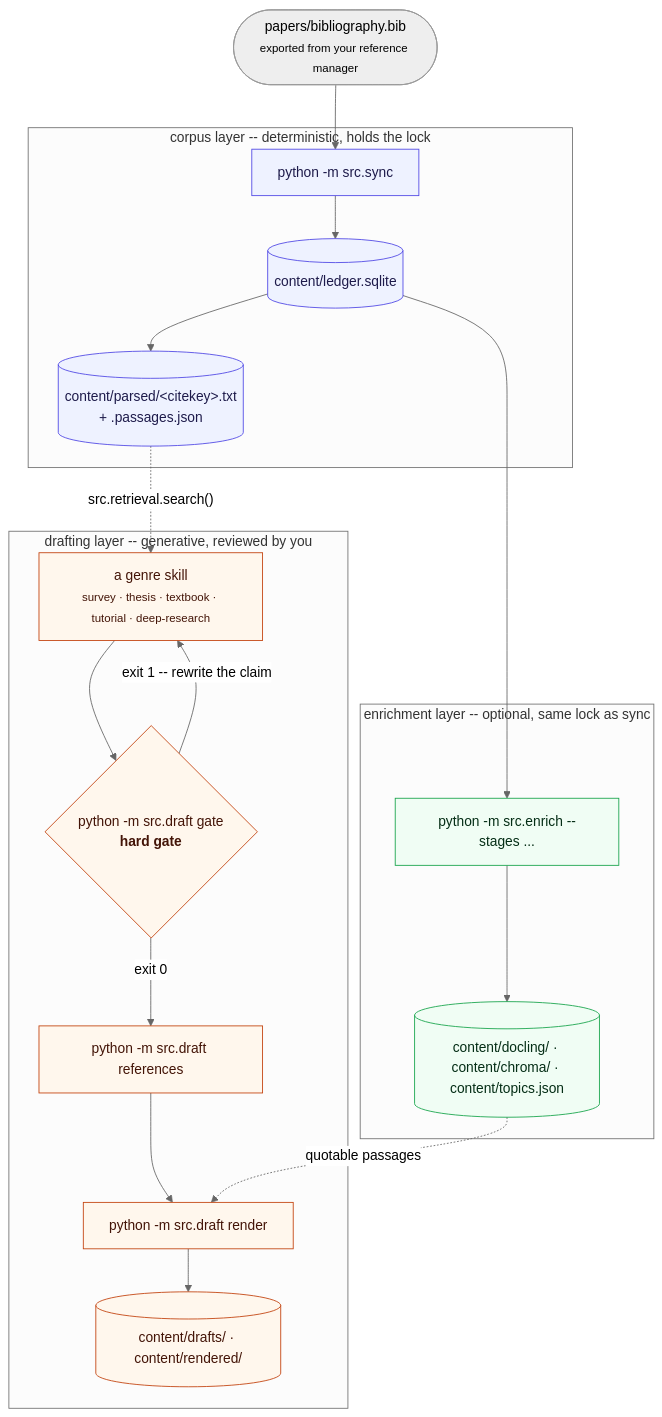
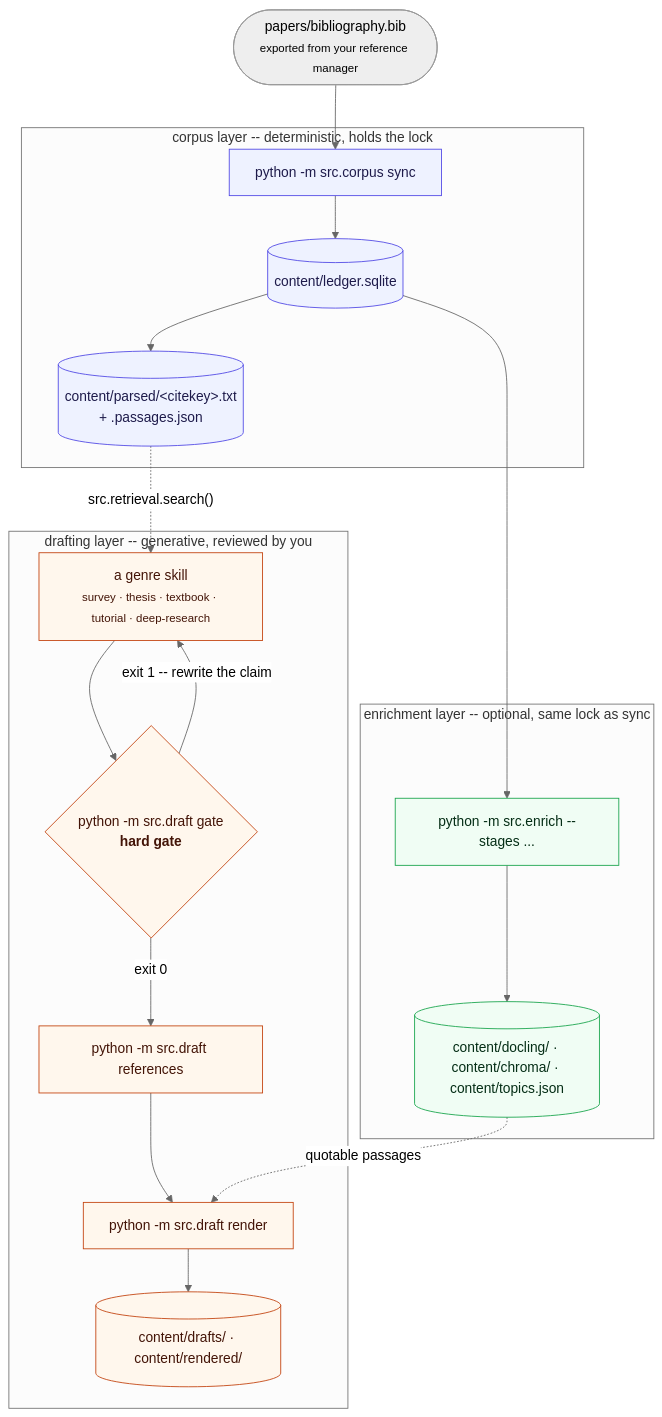
The second of 3 diagrams in docs/LADDERS.md (prasadtalasila/chitragupta), drawn with Mermaid (neutral theme) before and after one commit. The commit also changed other lines of this file and 89 other files, not shown here.

````diff
--- a/docs/LADDERS.md
+++ b/docs/LADDERS.md
@@ -150,40 +150,40 @@
 ```mermaid
 flowchart TB
 
   BIB(["papers/bibliography.bib<br/><small>exported from your reference manager</small>"])
 
   subgraph CORPUS["corpus layer -- deterministic, holds the lock"]
-    SYNC["python -m src.sync"]
+    SYNC["python -m src.corpus sync"]
     LEDGER[("content/ledger.sqlite")]
     PARSED[("content/parsed/&lt;citekey&gt;.txt<br/>+ .passages.json")]
   end
 
   subgraph DRAFTING["drafting layer -- generative, reviewed by you"]
     SKILL["a genre skill<br/><small>survey · thesis · textbook · tutorial · deep-research</small>"]
     GATE{"python -m src.draft gate<br/><b>hard gate</b>"}
     REFS["python -m src.draft references"]
     RENDER["python -m src.draft render"]
     DRAFT[("content/drafts/ · content/rendered/")]
   end
 
   subgraph ENRICH["enrichment layer -- optional, same lock as sync"]
     ENR["python -m src.enrich --stages ..."]
     ART[("content/docling/ · content/chroma/ · content/topics.json")]
   end
 
   BIB --> SYNC --> LEDGER --> PARSED
   PARSED -.->|"src.retrieval.search()"| SKILL
   SKILL --> GATE
   GATE -->|"exit 1 -- rewrite the claim"| SKILL
   GATE -->|"exit 0"| REFS --> RENDER --> DRAFT
   LEDGER --> ENR
   ENR --> ART
   ART -.->|"quotable passages"| RENDER
 
   classDef corpus fill:#eef2ff,stroke:#4f46e5,color:#1e1b4b
   classDef draft fill:#fff7ed,stroke:#c2410c,color:#431407
   classDef enrich fill:#f0fdf4,stroke:#16a34a,color:#052e16
   class SYNC,LEDGER,PARSED corpus
   class SKILL,GATE,REFS,RENDER,DRAFT draft
   class ENR,ART enrich
 ```
````
